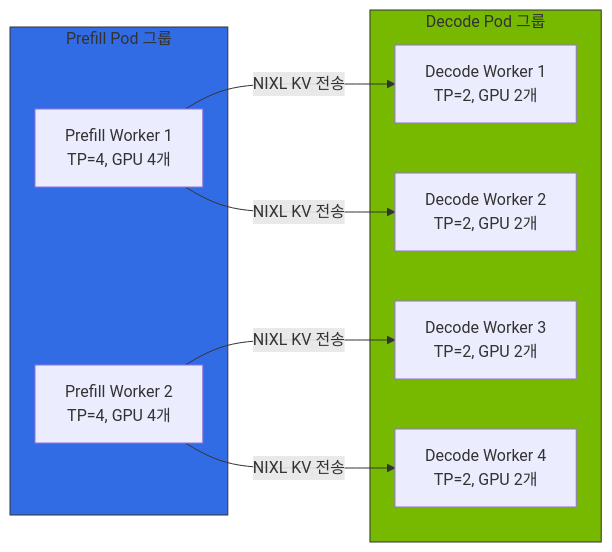
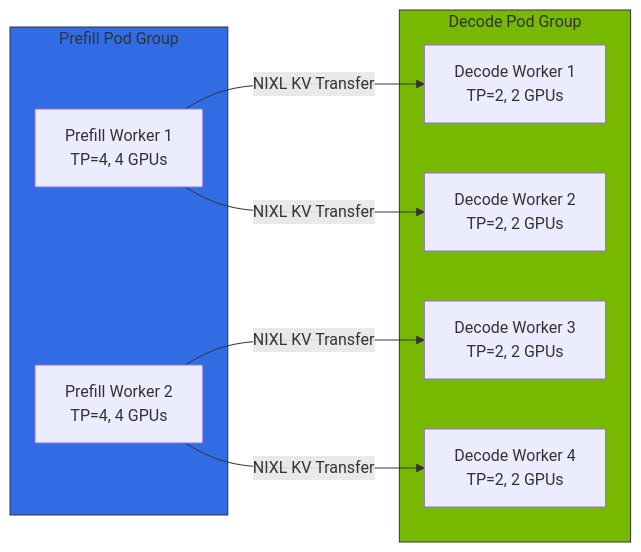
Before and after one commit to devfloor9/engineering-playbook: the third of 4 diagrams in docs/agentic-ai-platform/model-serving/inference-frameworks/llm-d-eks-automode.md, drawn with Mermaid. The commit also changed other lines of this file and 954 other files, not shown here.

````diff
--- a/docs/agentic-ai-platform/model-serving/inference-frameworks/llm-d-eks-automode.md
+++ b/docs/agentic-ai-platform/model-serving/inference-frameworks/llm-d-eks-automode.md
@@ -264,22 +264,22 @@
 ```mermaid
 flowchart LR
-    subgraph Prefill["Prefill Pod 그룹"]
-        P1[Prefill Worker 1<br/>TP=4, GPU 4개]
-        P2[Prefill Worker 2<br/>TP=4, GPU 4개]
+    subgraph Prefill["Prefill Pod Group"]
+        P1[Prefill Worker 1<br/>TP=4, 4 GPUs]
+        P2[Prefill Worker 2<br/>TP=4, 4 GPUs]
     end
 
-    subgraph Decode["Decode Pod 그룹"]
-        D1[Decode Worker 1<br/>TP=2, GPU 2개]
-        D2[Decode Worker 2<br/>TP=2, GPU 2개]
-        D3[Decode Worker 3<br/>TP=2, GPU 2개]
-        D4[Decode Worker 4<br/>TP=2, GPU 2개]
+    subgraph Decode["Decode Pod Group"]
+        D1[Decode Worker 1<br/>TP=2, 2 GPUs]
+        D2[Decode Worker 2<br/>TP=2, 2 GPUs]
+        D3[Decode Worker 3<br/>TP=2, 2 GPUs]
+        D4[Decode Worker 4<br/>TP=2, 2 GPUs]
     end
 
-    P1 -->|NIXL KV 전송| D1
-    P1 -->|NIXL KV 전송| D2
-    P2 -->|NIXL KV 전송| D3
-    P2 -->|NIXL KV 전송| D4
+    P1 -->|NIXL KV Transfer| D1
+    P1 -->|NIXL KV Transfer| D2
+    P2 -->|NIXL KV Transfer| D3
+    P2 -->|NIXL KV Transfer| D4
 
     style Prefill fill:#326ce5,stroke:#333
     style Decode fill:#76b900,stroke:#333
 ```
````
